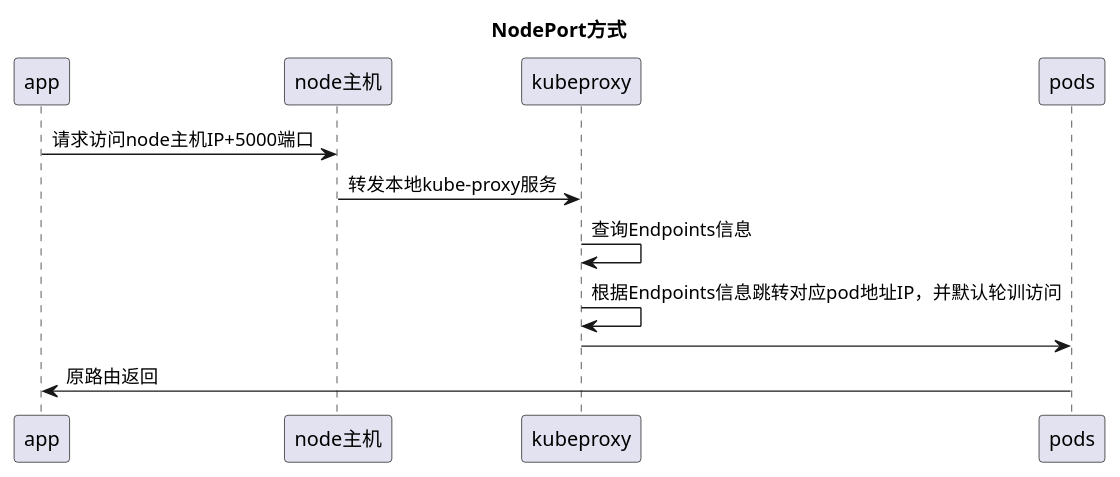
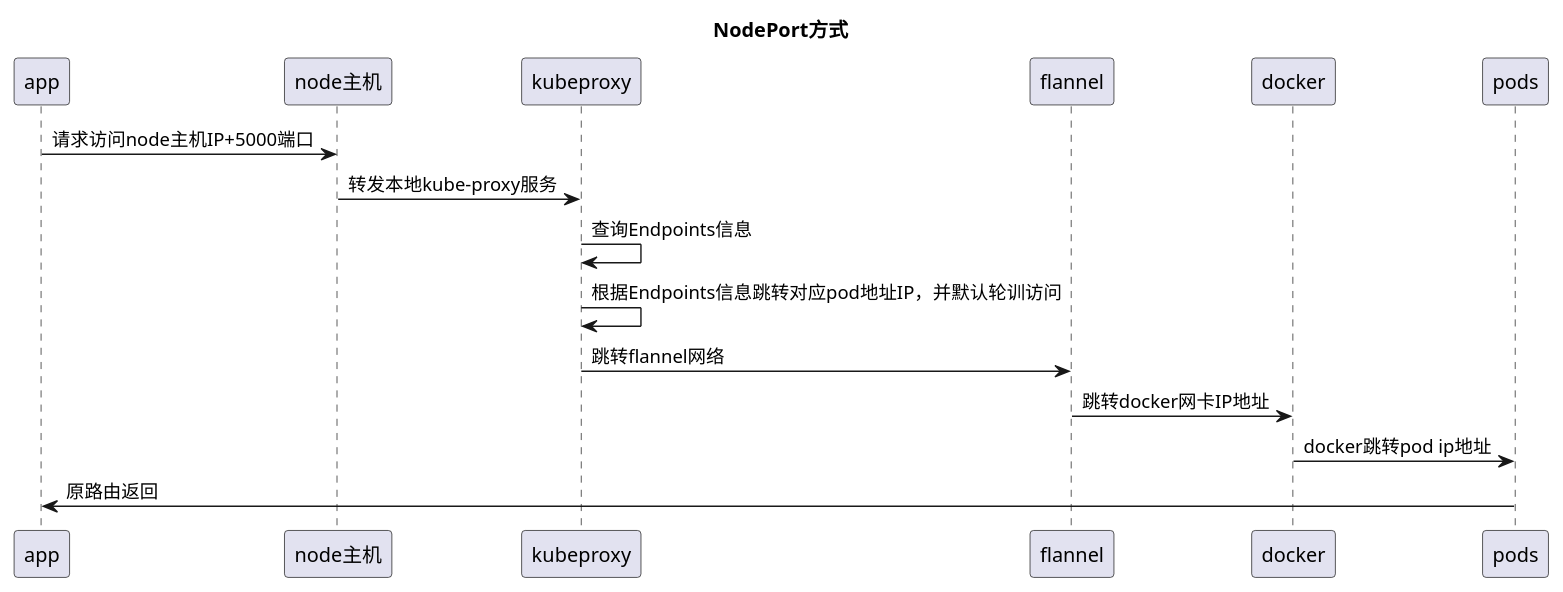
The diagram in k8s工作流程/程序访问pod流程/README.md (nxk88998/k8s), drawn with PlantUML before and after one commit.

````diff
--- a/k8s工作流程/程序访问pod流程/README.md
+++ b/k8s工作流程/程序访问pod流程/README.md
@@ -9,19 +8,24 @@
 ```plantuml
 @startuml
 title NodePort方式
 
 
 app -> node主机: 请求访问node主机IP+5000端口
 
 node主机 -> kubeproxy: 转发本地kube-proxy服务
 
 kubeproxy -> kubeproxy: 查询Endpoints信息
 
 kubeproxy -> kubeproxy: 根据Endpoints信息跳转对应pod地址IP，并默认轮训访问
 
-kubeproxy -> pods: 
+kubeproxy -> flannel: 跳转flannel网络
+
+flannel -> docker: 跳转docker网卡IP地址
+
+docker -> pods: docker跳转pod ip地址
+
 
 pods -> app: 原路由返回
 
 @enduml
 ```
````
